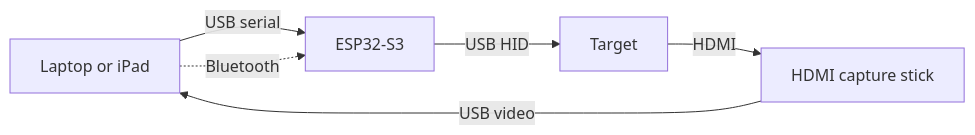
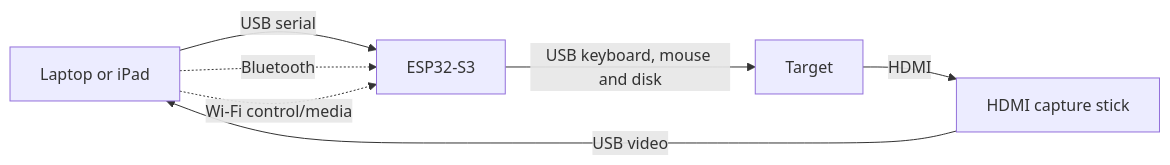
Before and after one commit to thebentern/cheap-web-kvm: the diagram in README.md, drawn with Mermaid. The commit also changed other lines of this file and 192 other files, not shown here.

````diff
--- a/README.md
+++ b/README.md
@@ -47,13 +74,14 @@
 ```mermaid
 flowchart LR
     host["Laptop or iPad"]
     esp["ESP32-S3"]
     target["Target"]
     capture["HDMI capture stick"]
 
     host -- "USB serial" --> esp
     host -. "Bluetooth" .-> esp
-    esp -- "USB HID" --> target
+    host -. "Wi-Fi control/media" .-> esp
+    esp -- "USB keyboard, mouse and disk" --> target
     target -- "HDMI" --> capture
     capture -- "USB video" --> host
 ```
````
